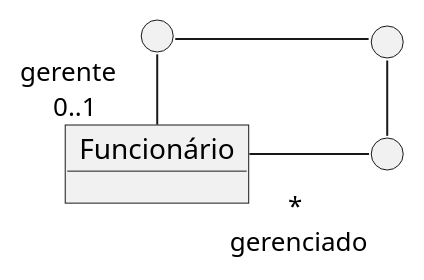
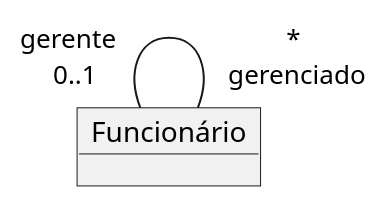
The diagram in Imagens/modelos-05/mod05ima09/mod05ima09.plantuml (kyriosdata/oo), drawn with PlantUML before and after one commit. The commit also changed 4 other files, not shown here.

```diff
--- a/Imagens/modelos-05/mod05ima09/mod05ima09.plantuml
+++ b/Imagens/modelos-05/mod05ima09/mod05ima09.plantuml
@@ -1,13 +1,5 @@
-@startuml mod05ima09
-skinparam linetype ortho
+@startuml
 object "Funcionário" as fu 
-circle " " as p1
-circle " " as p2
-circle " " as p3
 left to right direction
-
-fu "gerente \n 0..1"-left- p1
-p1 -down- p2
-p2 -right- p3
-p3 -up-" * \n gerenciado" fu
+fu "gerente \n 0..1"--- " * \n gerenciado" fu
 @enduml
```
